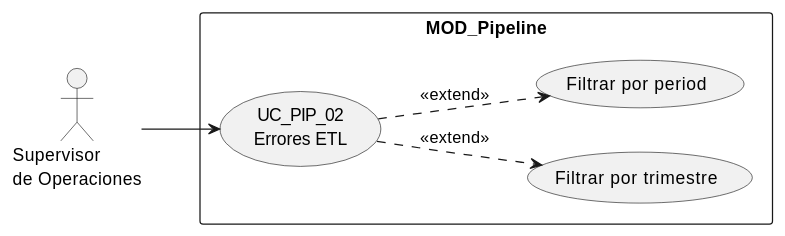
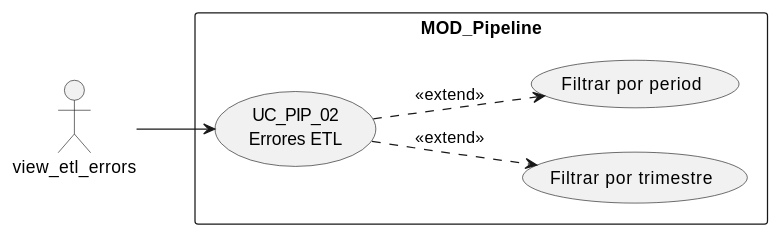
The first of 4 diagrams in source/requisitos/casos-uso/pipeline/uc-pip-02/diagramas-uml.rst (jcg-admin/IACT-docs), drawn with PlantUML before and after one commit. The commit also changed other lines of this file and 77 other files, not shown here.

First line of the commit message:
Enforce RBAC function names as actors in all UML diagrams

```diff
--- a/source/requisitos/casos-uso/pipeline/uc-pip-02/diagramas-uml.rst
+++ b/source/requisitos/casos-uso/pipeline/uc-pip-02/diagramas-uml.rst
@@ -10,14 +10,14 @@
 .. uml::
 
  @startuml
  left to right direction
- actor "Supervisor\nde Operaciones" as USR
+ actor "view_etl_errors" as USR
  rectangle "MOD_Pipeline" {
    usecase "UC_PIP_02\nErrores ETL" as UC02
    usecase "Filtrar por trimestre" as FT
    usecase "Filtrar por period" as FP
  }
  USR --> UC02
  UC02 ..> FT : <<extend>>
  UC02 ..> FP : <<extend>>
  @enduml
```
